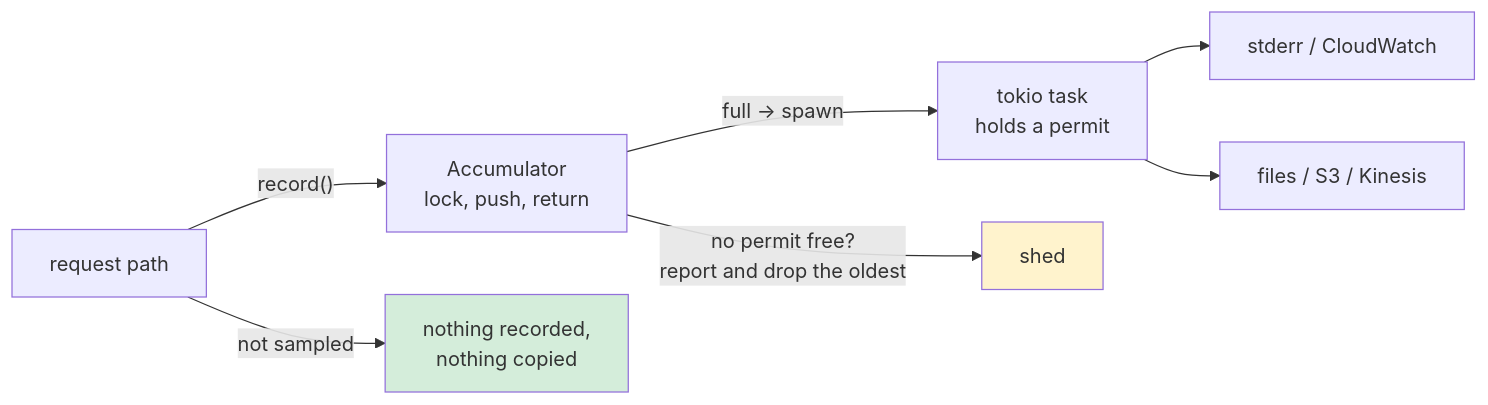
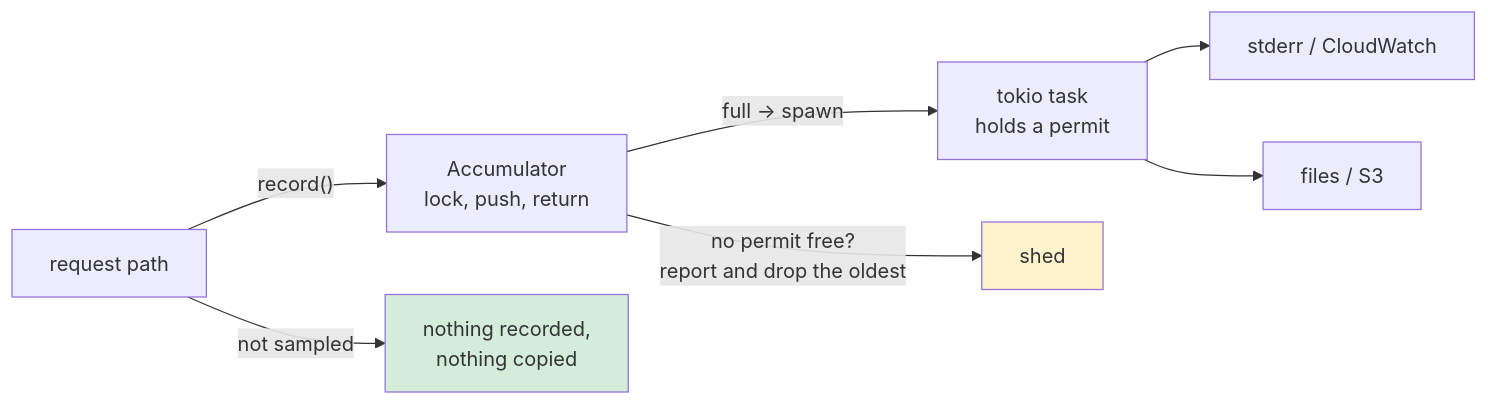
The seventh of 7 diagrams in documentation/request-walkthrough.md (PratikBarhate/hushar), drawn with Mermaid before and after one commit. The commit also changed other lines of this file and 3548 other files, not shown here.

````diff
--- a/documentation/request-walkthrough.md
+++ b/documentation/request-walkthrough.md
@@ -314,11 +325,11 @@
 ```mermaid
 flowchart LR
   h["request path"] -->|"record()"| acc["Accumulator<br/>lock, push, return"]
   acc -->|"full → spawn"| task["tokio task<br/>holds a permit"]
   task --> m1["stderr / CloudWatch"]
-  task --> l1["files / S3 / Kinesis"]
+  task --> l1["files / S3"]
   acc -->|"no permit free?<br/>report and drop the oldest"| drop["shed"]
   h -->|"not sampled"| skip["nothing recorded,<br/>nothing copied"]
   style drop fill:#fff3cd
   style skip fill:#d4edda
 ```
````
